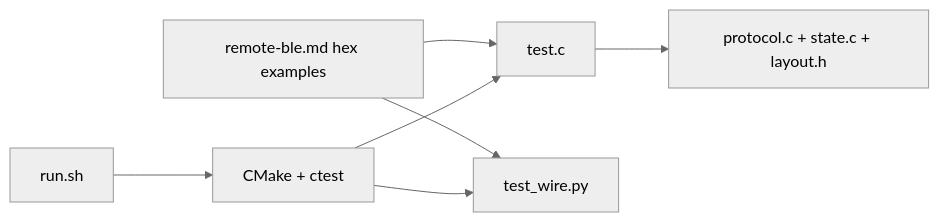
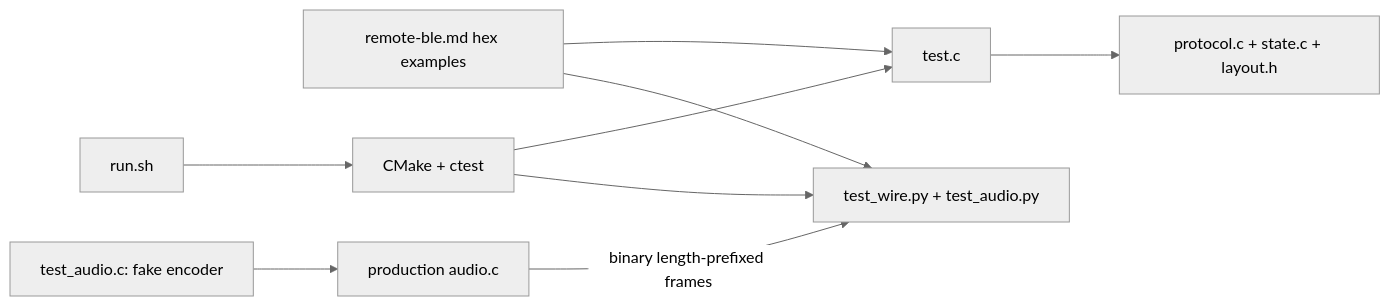
Before and after one commit to Harwasch/voiceremote: the diagram in FW/tests/README.md, drawn with Mermaid (neutral theme). The commit also changed other lines of this file and 47 other files, not shown here.

First line of the commit message:
FW: stream Opus mic audio over BLE and save it in the test client

````diff
--- a/FW/tests/README.md
+++ b/FW/tests/README.md
@@ -3,8 +3,10 @@
 ```mermaid
 flowchart LR
     Contract[remote-ble.md hex examples] --> C[test.c]
     C --> Logic[protocol.c + state.c + layout.h]
-    Contract --> Python[test_wire.py]
+    Contract --> Python[test_wire.py + test_audio.py]
+    Audio[test_audio.c: fake encoder] --> Framer[production audio.c]
+    Framer -->|binary length-prefixed frames| Python
     Run[run.sh] --> CTest[CMake + ctest]
     CTest --> C & Python
 ```
````
